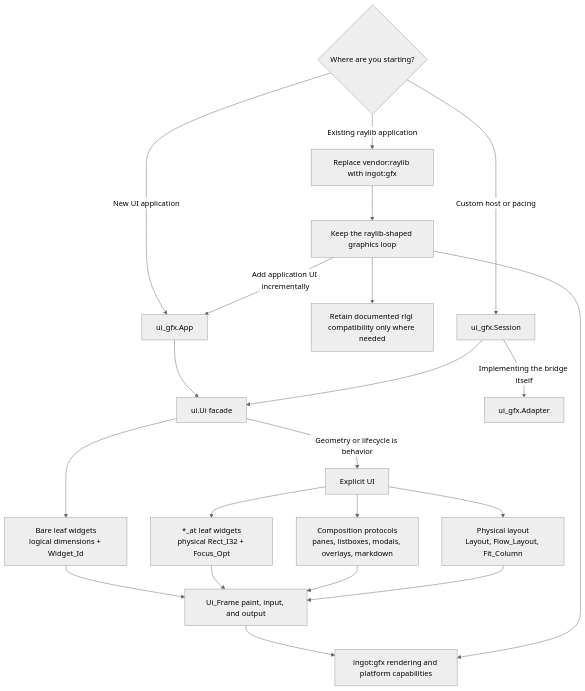
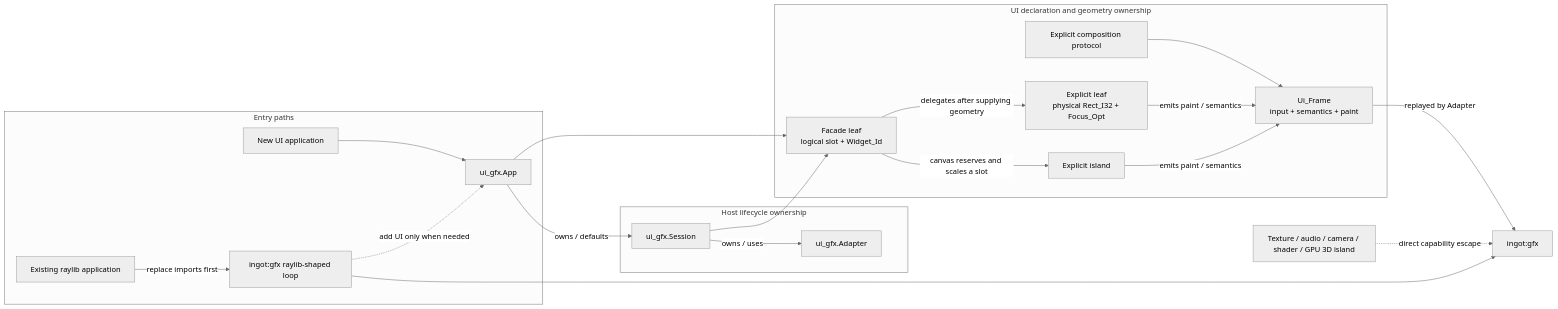
The diagram in docs/api-layers.md (nic-vdwalt/ingot), drawn with Mermaid (neutral theme) before and after one commit. The commit also changed other lines of this file and 12 other files, not shown here.

First line of the commit message:
docs: clarify API layer ownership and entry paths

````diff
--- a/docs/api-layers.md
+++ b/docs/api-layers.md
@@ -15,28 +22,27 @@
 ```mermaid
-flowchart TD
-    START{Where are you starting?}
+flowchart LR
+    subgraph ENTRY[Entry paths]
+        NEW[New UI application] --> APP[ui_gfx.App]
+        RAY[Existing raylib application] -->|replace imports first| LOOP[ingot:gfx raylib-shaped loop]
+        LOOP -.->|add UI only when needed| APP
+    end
 
-    START -->|New UI application| APP[ui_gfx.App]
-    APP --> UI[ui.Ui facade]
-    UI --> LEAF[Bare leaf widgets\nlogical dimensions + Widget_Id]
-    UI -->|Geometry or lifecycle is behavior| EXPLICIT[Explicit UI]
-    EXPLICIT --> AT[*_at leaf widgets\nphysical Rect_I32 + Focus_Opt]
-    EXPLICIT --> COMPOSE[Composition protocols\npanes, listboxes, modals, overlays, markdown]
-    EXPLICIT --> LAYOUT[Physical layout\nLayout, Flow_Layout, Fit_Column]
+    subgraph HOST[Host lifecycle ownership]
+        APP -->|owns / defaults| SESSION[ui_gfx.Session]
+        SESSION -->|owns / uses| ADAPTER[ui_gfx.Adapter]
+    end
 
-    START -->|Existing raylib application| IMPORT[Replace vendor:raylib with ingot:gfx]
-    IMPORT --> LOOP[Keep the raylib-shaped graphics loop]
-    LOOP --> RLGL[Retain documented rlgl compatibility only where needed]
-    LOOP -->|Add application UI incrementally| APP
+    subgraph UI[UI declaration and geometry ownership]
+        FACADE[Facade leaf\nlogical slot + Widget_Id] -->|delegates after supplying geometry| AT[Explicit leaf\nphysical Rect_I32 + Focus_Opt]
+        FACADE -->|canvas reserves and scales a slot| ISLAND[Explicit island]
+        COMPOSE[Explicit composition protocol] --> FRAME[Ui_Frame\ninput + semantics + paint]
+        AT -->|emits paint / semantics| FRAME
+        ISLAND -->|emits paint / semantics| FRAME
+    end
 
-    START -->|Custom host or pacing| SESSION[ui_gfx.Session]
-    SESSION --> UI
-    SESSION -->|Implementing the bridge itself| ADAPTER[ui_gfx.Adapter]
-
-    LEAF --> FRAME[Ui_Frame paint, input, and output]
-    AT --> FRAME
-    COMPOSE --> FRAME
-    LAYOUT --> FRAME
-    FRAME --> GFX[ingot:gfx rendering and platform capabilities]
+    FRAME -->|replayed by Adapter| GFX[ingot:gfx]
+    DIRECT[Texture / audio / camera / shader / GPU 3D island] -.->|direct capability escape| GFX
+    APP --> FACADE
+    SESSION --> FACADE
     LOOP --> GFX
 ```
````
